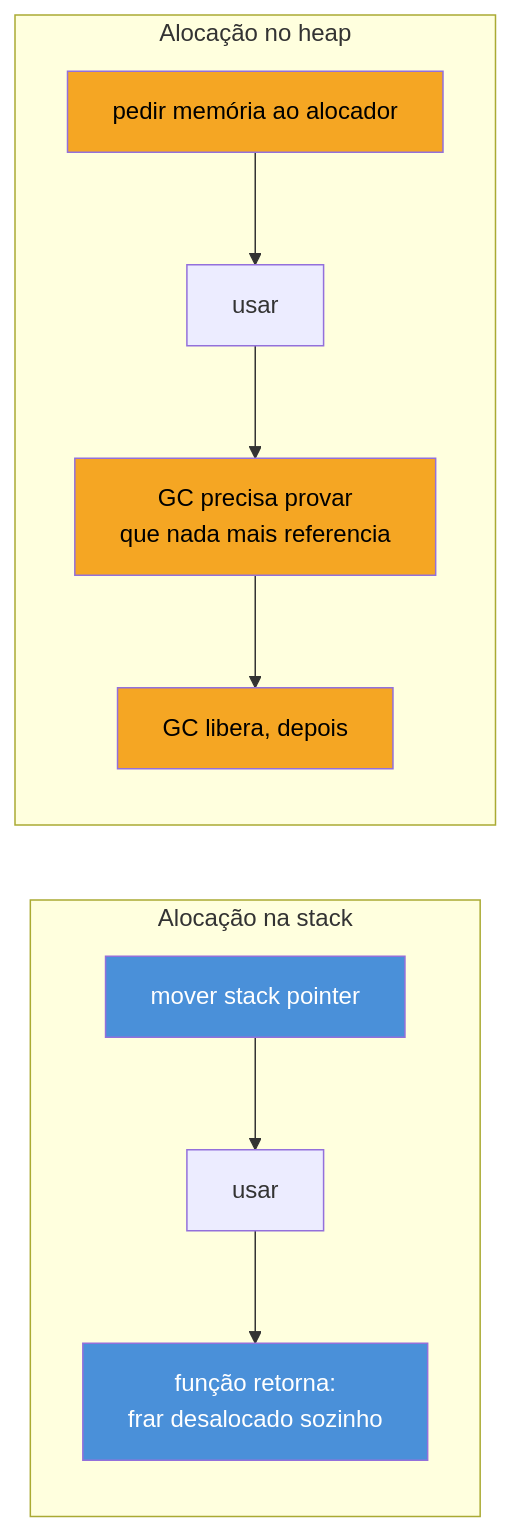
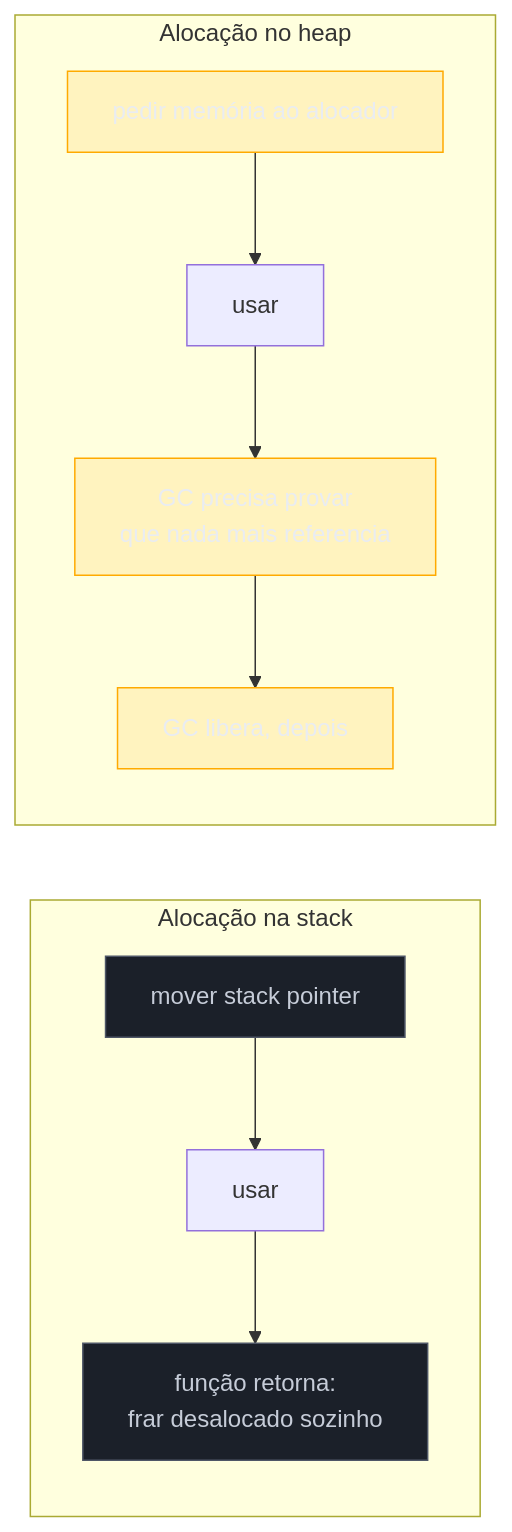
One commit to josenaldo/codex-technomanticus changed the first of 3 diagrams in 03-Dominios/Tecnologia/Go/17 - Runtime interno/04 - Escape analysis.md. Above: the diagram before and after it, drawn with Mermaid. The commit also changed other lines of this file and 1181 other files, not shown here.

First line of the commit message:
fix(diagramas): paleta do sistema no lugar de cor cravada no markdown

````diff
--- a/03-Dominios/Tecnologia/Go/17 - Runtime interno/04 - Escape analysis.md
+++ b/03-Dominios/Tecnologia/Go/17 - Runtime interno/04 - Escape analysis.md
@@ -61,20 +61,22 @@
 ```mermaid
 flowchart LR
+    classDef neutro fill:#1B2029,stroke:#4E5666,color:#C6CCD8
+    classDef destaque fill:#FFAA0024,stroke:#FFAA00,color:#E9ECF2
     subgraph Stack["Alocação na stack"]
         direction TB
         S1["mover stack pointer"] --> S2["usar"]
         S2 --> S3["função retorna:\nfrar desalocado sozinho"]
     end
     subgraph Heap["Alocação no heap"]
         direction TB
         H1["pedir memória ao alocador"] --> H2["usar"]
         H2 --> H3["GC precisa provar\nque nada mais referencia"]
         H3 --> H4["GC libera, depois"]
     end
 
-    style S1 fill:#4A90D9,color:#fff
-    style S3 fill:#4A90D9,color:#fff
-    style H1 fill:#F5A623,color:#000
-    style H3 fill:#F5A623,color:#000
-    style H4 fill:#F5A623,color:#000
+    class S1 neutro
+    class S3 neutro
+    class H1 destaque
+    class H3 destaque
+    class H4 destaque
 ```
````
